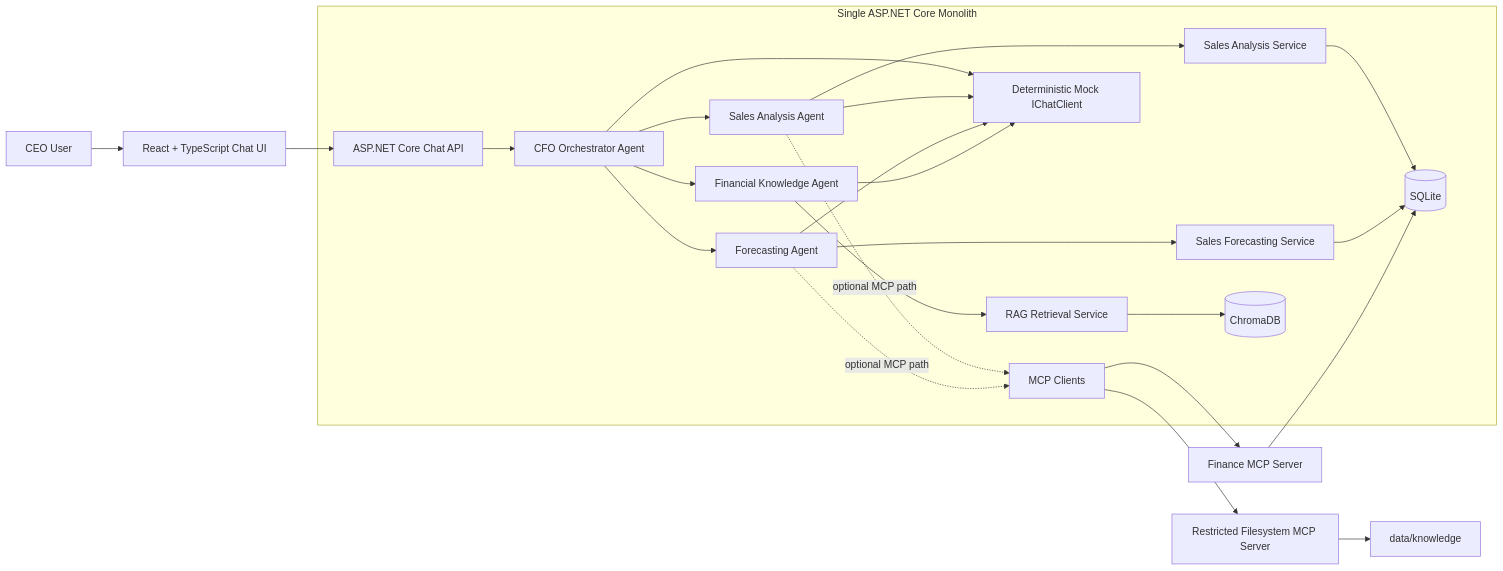
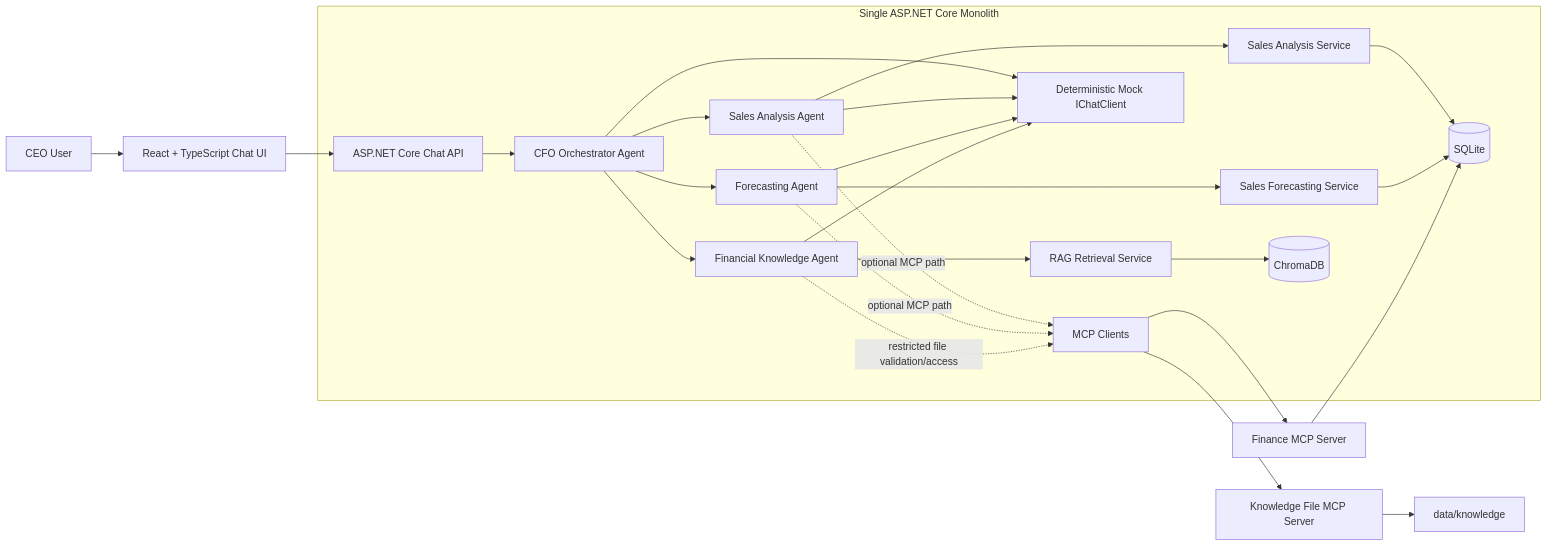
The first of 3 diagrams in AGENT.md (prabodharandima/ai_agent_cfo), drawn with Mermaid before and after one commit. The commit also changed other lines of this file and 46 other files, not shown here.

````diff
--- a/AGENT.md
+++ b/AGENT.md
@@ -141,33 +175,34 @@
 ```mermaid
 flowchart LR
     CEO[CEO User] --> UI[React + TypeScript Chat UI]
     UI --> API[ASP.NET Core Chat API]
 
     subgraph MONOLITH[Single ASP.NET Core Monolith]
         API --> ORCH[CFO Orchestrator Agent]
         ORCH --> SALES[Sales Analysis Agent]
         ORCH --> FORECAST[Forecasting Agent]
         ORCH --> KNOWLEDGE[Financial Knowledge Agent]
 
         SALES --> SALES_SERVICE[Sales Analysis Service]
         FORECAST --> FORECAST_SERVICE[Sales Forecasting Service]
         KNOWLEDGE --> RAG[RAG Retrieval Service]
 
         ORCH --> MOCK[Deterministic Mock IChatClient]
         SALES --> MOCK
         FORECAST --> MOCK
         KNOWLEDGE --> MOCK
 
         SALES_SERVICE --> SQLITE[(SQLite)]
         FORECAST_SERVICE --> SQLITE
         RAG --> CHROMA[(ChromaDB)]
 
         SALES -. optional MCP path .-> MCP_CLIENT[MCP Clients]
         FORECAST -. optional MCP path .-> MCP_CLIENT
+        KNOWLEDGE -. restricted file validation/access .-> MCP_CLIENT
     end
 
     MCP_CLIENT --> FINANCE_MCP[Finance MCP Server]
-    MCP_CLIENT --> FILE_MCP[Restricted Filesystem MCP Server]
+    MCP_CLIENT --> FILE_MCP[Knowledge File MCP Server]
     FINANCE_MCP --> SQLITE
     FILE_MCP --> KNOWLEDGE_FILES[data/knowledge]
 ```
````
